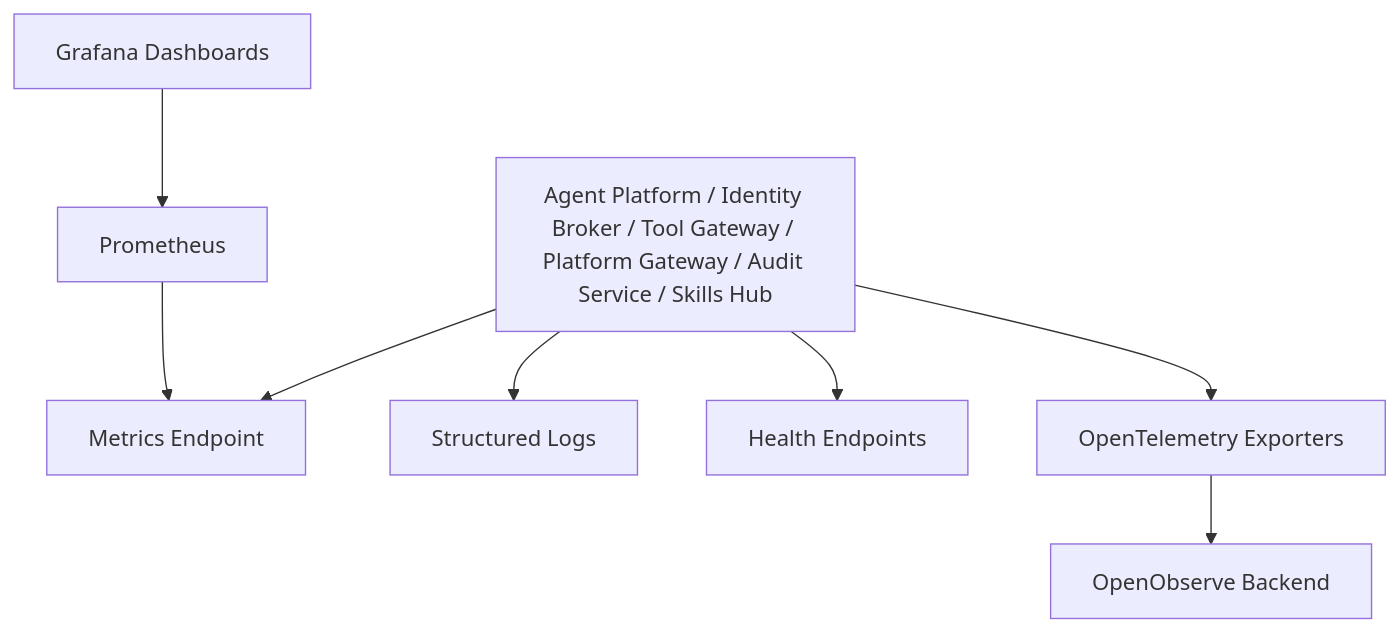
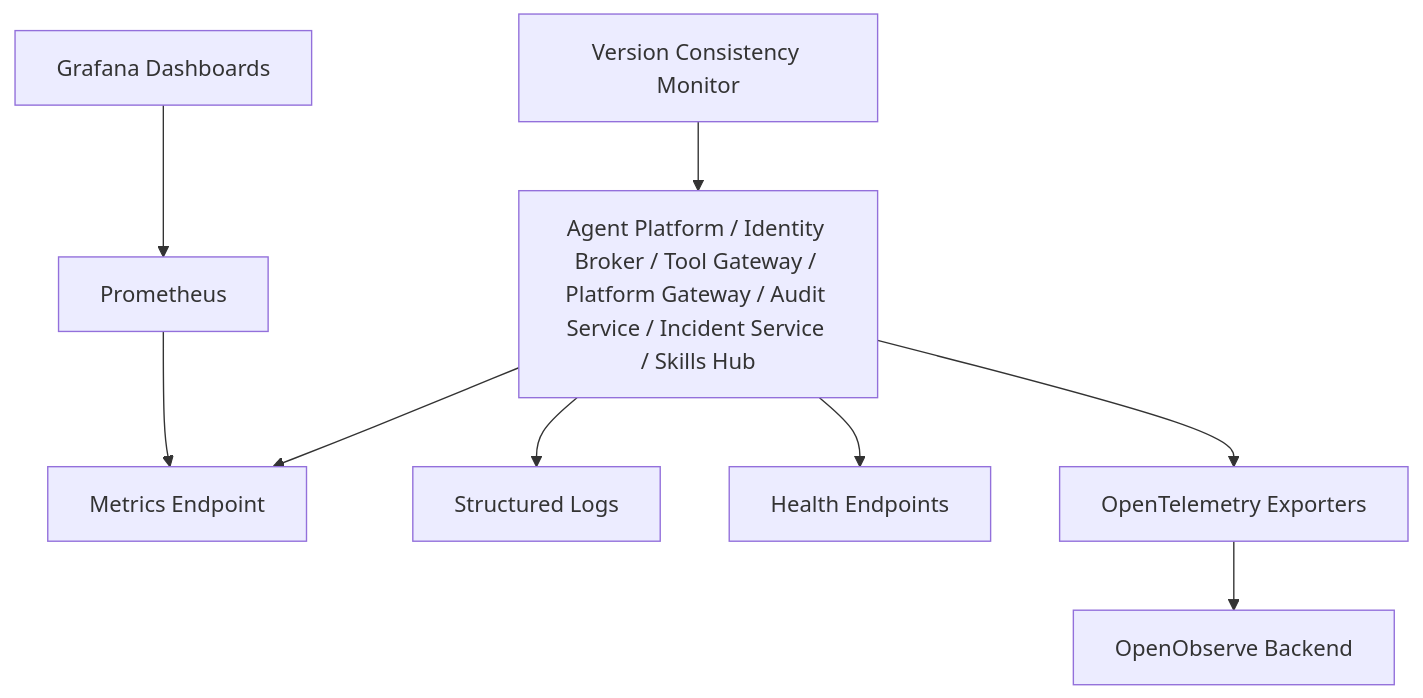
One commit to metasync/luban-aiops changed the ninth of 10 diagrams in .qoder/repowiki/en/content/Deployment and Operations/Deployment and Operations.md. Above: the diagram before and after it, drawn with Mermaid. The commit also changed other lines of this file and 4 other files, not shown here.

````diff
--- a/.qoder/repowiki/en/content/Deployment and Operations/Deployment and Operations.md
+++ b/.qoder/repowiki/en/content/Deployment and Operations/Deployment and Operations.md
@@ -574,18 +624,20 @@
 ```mermaid
 graph TB
-Services["Agent Platform / Identity Broker / Tool Gateway / Platform Gateway / Audit Service / Skills Hub"]
+Services["Agent Platform / Identity Broker / Tool Gateway / Platform Gateway / Audit Service / Incident Service / Skills Hub"]
 Metrics["Metrics Endpoint"]
 Logs["Structured Logs"]
 Health["Health Endpoints"]
 OTel["OpenTelemetry Exporters"]
 Prometheus["Prometheus"]
 Grafana["Grafana Dashboards"]
 OpenObserve["OpenObserve Backend"]
+VersionMonitor["Version Consistency Monitor"]
 Services --> Metrics
 Services --> Logs
 Services --> Health
 Services --> OTel
 Prometheus --> Metrics
 Grafana --> Prometheus
 OTel --> OpenObserve
+VersionMonitor --> Services
 ```
````
